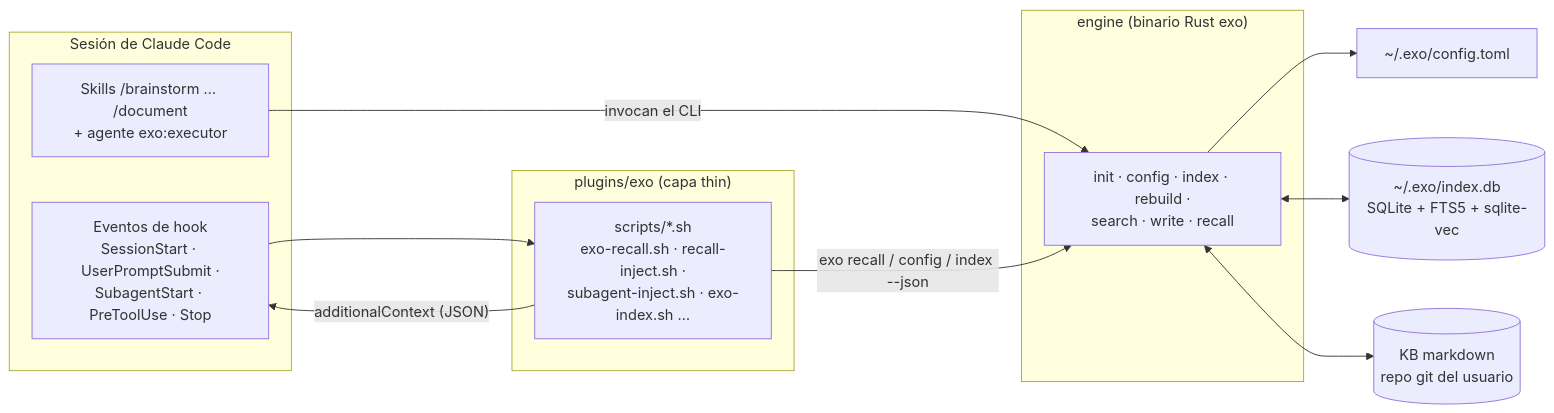
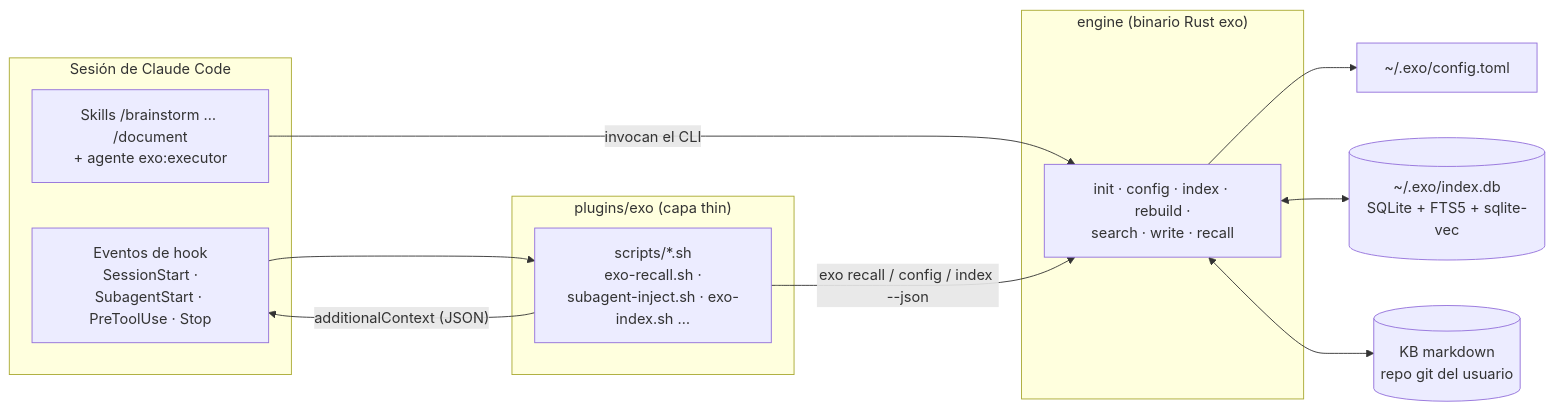
One commit to pguerrerolinares/exo changed the first of 4 diagrams in docs/arquitectura.md. Above: the diagram before and after it, drawn with Mermaid. The commit also changed other lines of this file and 20 other files, not shown here.

First line of the commit message:
docs(recorte): barrido de comentarios y docs tras borrar recall-inject; bump 1.5.7

````diff
--- a/docs/arquitectura.md
+++ b/docs/arquitectura.md
@@ -47,24 +47,24 @@
 ```mermaid
 flowchart LR
     subgraph agente["Sesión de Claude Code"]
-        HOOKS["Eventos de hook<br/>SessionStart · UserPromptSubmit ·<br/>SubagentStart · PreToolUse · Stop"]
+        HOOKS["Eventos de hook<br/>SessionStart ·<br/>SubagentStart · PreToolUse · Stop"]
         SKILLS["Skills /brainstorm … /document<br/>+ agente exo:executor"]
     end
     subgraph thin["plugins/exo (capa thin)"]
-        SH["scripts/*.sh<br/>exo-recall.sh · recall-inject.sh ·<br/>subagent-inject.sh · exo-index.sh …"]
+        SH["scripts/*.sh<br/>exo-recall.sh ·<br/>subagent-inject.sh · exo-index.sh …"]
     end
     subgraph engine["engine (binario Rust exo)"]
         CLI["init · config · index · rebuild ·<br/>search · write · recall"]
     end
     DB[("~/.exo/index.db<br/>SQLite + FTS5 + sqlite-vec")]
     KB[("KB markdown<br/>repo git del usuario")]
     CFG["~/.exo/config.toml"]
 
     HOOKS --> SH
     SKILLS -->|"invocan el CLI"| CLI
     SH -->|"exo recall / config / index --json"| CLI
     CLI --> CFG
     CLI <--> DB
     CLI <--> KB
     SH -->|"additionalContext (JSON)"| HOOKS
 ```
````
